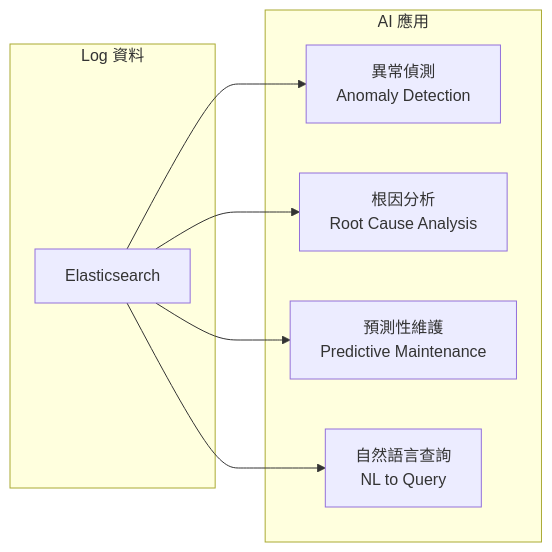
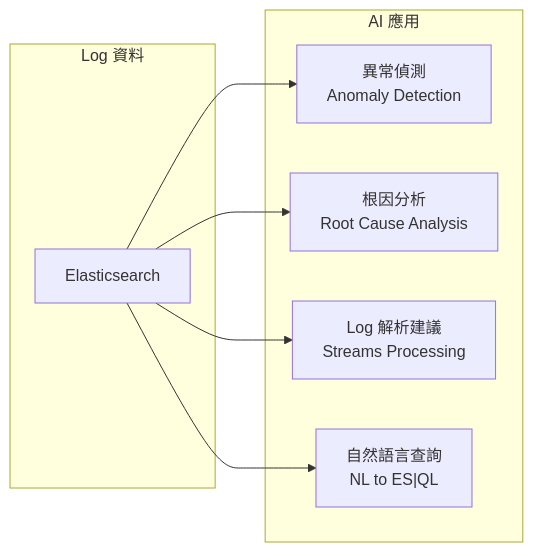
The fifth of 28 diagrams in content/posts/教學/工具/ELK-Stack教學手冊.md (chihhung/Blog), drawn with Mermaid before and after one commit. The commit also changed other lines of this file and 8 other files, not shown here.

````diff
--- a/content/posts/教學/工具/ELK-Stack教學手冊.md
+++ b/content/posts/教學/工具/ELK-Stack教學手冊.md
@@ -269,18 +633,18 @@
 ```mermaid
 graph LR
     subgraph "Log 資料"
         E[Elasticsearch]
     end
-    
+
     subgraph "AI 應用"
         A1[異常偵測<br/>Anomaly Detection]
         A2[根因分析<br/>Root Cause Analysis]
-        A3[預測性維護<br/>Predictive Maintenance]
-        A4[自然語言查詢<br/>NL to Query]
+        A3[Log 解析建議<br/>Streams Processing]
+        A4["自然語言查詢<br/>NL to ES|QL"]
     end
-    
+
     E --> A1
     E --> A2
     E --> A3
     E --> A4
 ```
````
